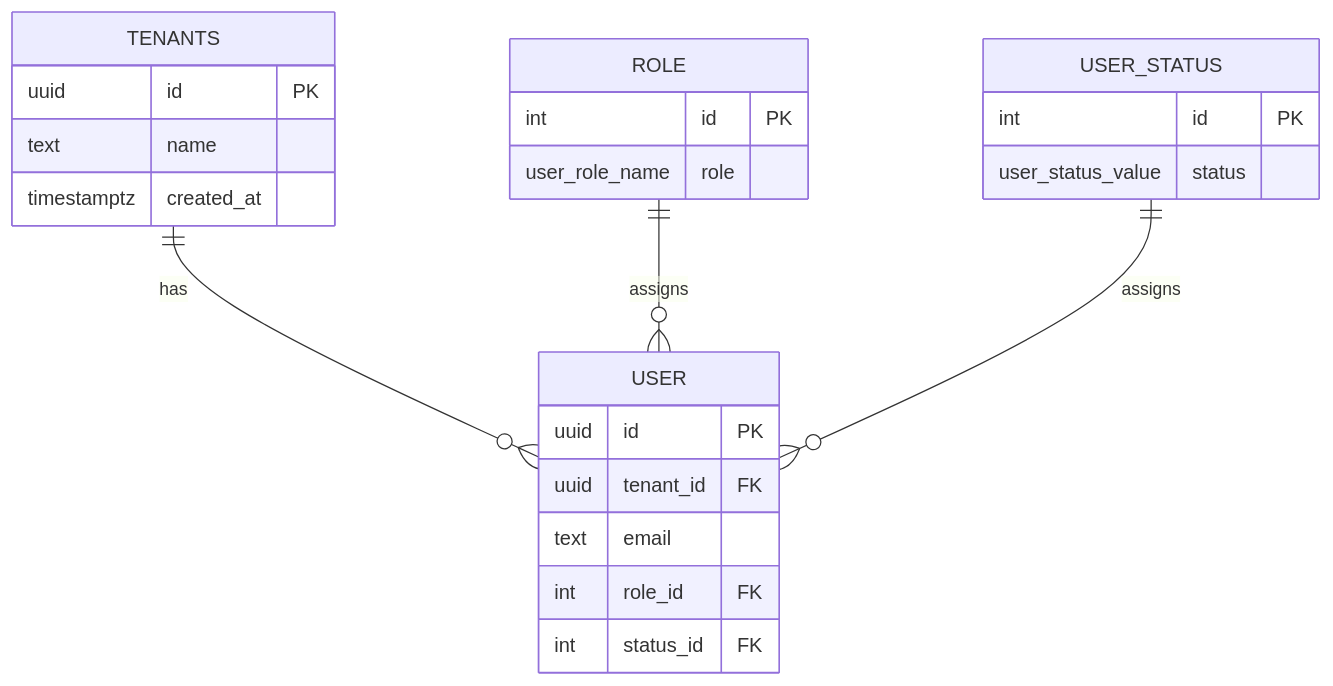
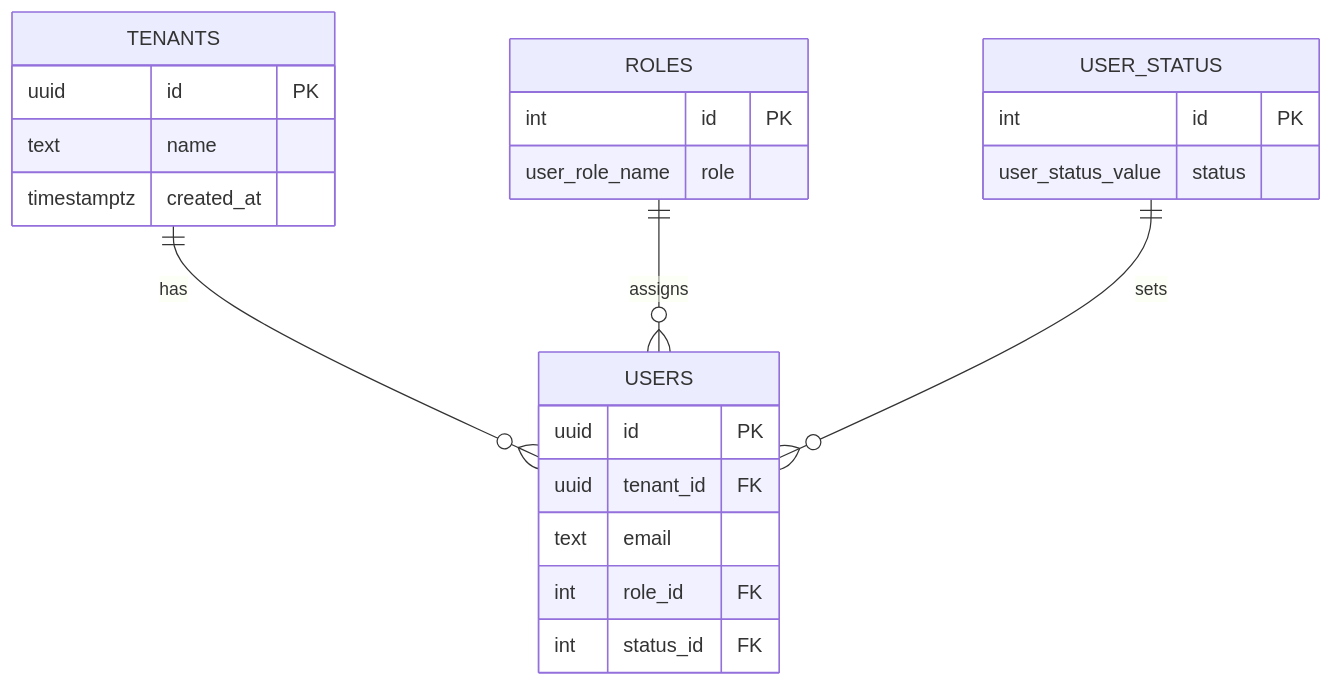
One commit to Topher05/tax-pulse-project-1 changed the diagram in planning/team/ticket-journal.md. Above: the diagram before and after it, drawn with Mermaid. The commit also changed other lines of this file and 5 other files, not shown here.

````diff
--- a/planning/team/ticket-journal.md
+++ b/planning/team/ticket-journal.md
@@ -535,29 +535,30 @@
 ```mermaid
 erDiagram
-  TENANTS ||--o{ USER : has
-  ROLE ||--o{ USER : assigns
-  USER_STATUS ||--o{ USER : assigns
+  TENANTS ||--o{ USERS : has
+  ROLES ||--o{ USERS : assigns
+  USER_STATUS ||--o{ USERS : sets
+
   TENANTS {
     uuid id PK
     text name
     timestamptz created_at
   }
 
-  ROLE {
+  ROLES {
     int id PK
     user_role_name role
   }
 
   USER_STATUS {
     int id PK
     user_status_value status
   }
 
-  USER {
+  USERS {
     uuid id PK
     uuid tenant_id FK
     text email
     int role_id FK
     int status_id FK
   }
 ```
````
